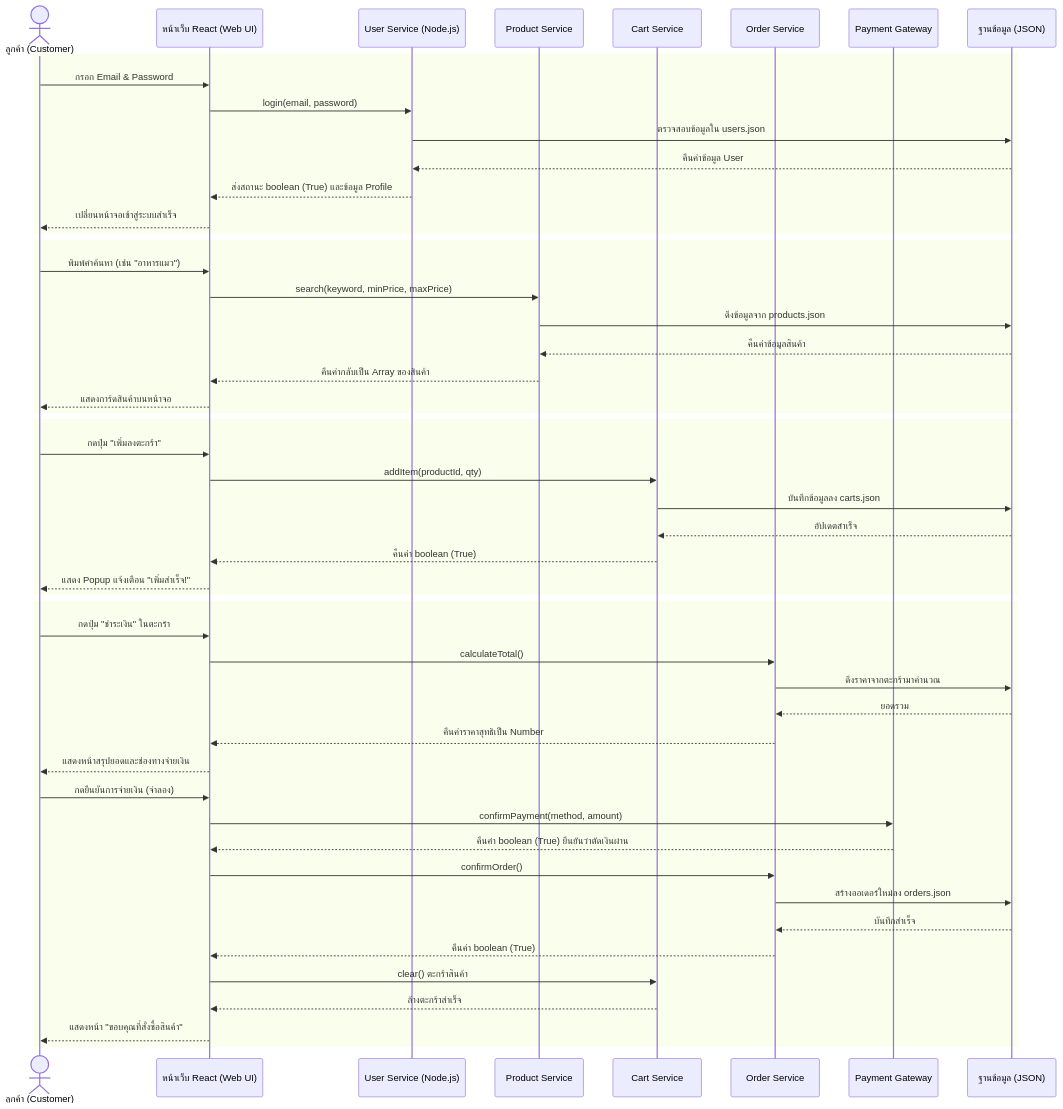
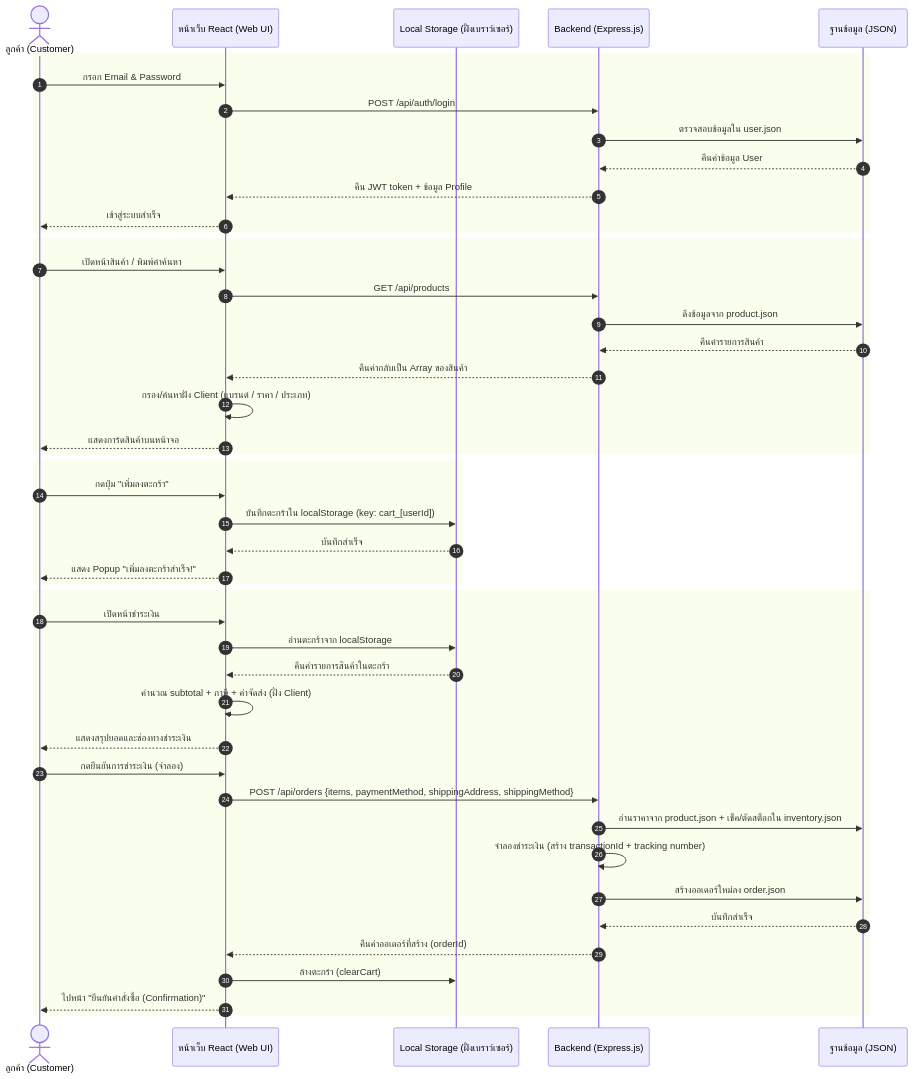
Before and after one commit to KumPong/petshop: the third of 6 diagrams in README.md, drawn with Mermaid. The commit also changed other lines of this file, not shown here.

Commit message:
feat: update class diagrams and sequence diagrams for user, order, and inventory management

````diff
--- a/README.md
+++ b/README.md
@@ -440,61 +466,56 @@
 ```mermaid
     sequenceDiagram
+    autoNumber
     actor Customer as ลูกค้า (Customer)
     participant UI as หน้าเว็บ React (Web UI)
-    participant US as User Service (Node.js)
-    participant PS as Product Service
-    participant CS as Cart Service
-    participant OS as Order Service
-    participant PG as Payment Gateway
+    participant LS as Local Storage (ฝั่งเบราว์เซอร์)
+    participant API as Backend (Express.js)
     participant DB as ฐานข้อมูล (JSON)
 
     %% เฟส 1: การเข้าสู่ระบบ (Login)
-    rect 
+    rect
         Customer->>UI: กรอก Email & Password
-        UI->>US: login(email, password)
-        US->>DB: ตรวจสอบข้อมูลใน users.json
-        DB-->>US: คืนค่าข้อมูล User
-        US-->>UI: ส่งสถานะ boolean (True) และข้อมูล Profile
-        UI-->>Customer: เปลี่ยนหน้าจอเข้าสู่ระบบสำเร็จ
+        UI->>API: POST /api/auth/login
+        API->>DB: ตรวจสอบข้อมูลใน user.json
+        DB-->>API: คืนค่าข้อมูล User
+        API-->>UI: คืน JWT token + ข้อมูล Profile
+        UI-->>Customer: เข้าสู่ระบบสำเร็จ
     end
 
-    %% เฟส 2: ค้นหาสินค้า (Search Product)
+    %% เฟส 2: ค้นหา/ดูสินค้า (Browse & Search)
     rect
-        Customer->>UI: พิมพ์คำค้นหา (เช่น "อาหารแมว")
-        UI->>PS: search(keyword, minPrice, maxPrice)
-        PS->>DB: ดึงข้อมูลจาก products.json
-        DB-->>PS: คืนค่าข้อมูลสินค้า
-        PS-->>UI: คืนค่ากลับเป็น Array ของสินค้า
+        Customer->>UI: เปิดหน้าสินค้า / พิมพ์คำค้นหา
+        UI->>API: GET /api/products
+        API->>DB: ดึงข้อมูลจาก product.json
+        DB-->>API: คืนค่ารายการสินค้า
+        API-->>UI: คืนค่ากลับเป็น Array ของสินค้า
+        UI->>UI: กรอง/ค้นหาฝั่ง Client (แบรนด์ / ราคา / ประเภท)
         UI-->>Customer: แสดงการ์ดสินค้าบนหน้าจอ
     end
 
-    %% เฟส 3: หยิบใส่ตะกร้า (Add to Cart)
+    %% เฟส 3: หยิบใส่ตะกร้า (เก็บฝั่ง Client — ไม่มี backend / ไม่มีไฟล์ carts)
     rect
         Customer->>UI: กดปุ่ม "เพิ่มลงตะกร้า"
-        UI->>CS: addItem(productId, qty)
-        CS->>DB: บันทึกข้อมูลลง carts.json
-        DB-->>CS: อัปเดตสำเร็จ
-        CS-->>UI: คืนค่า boolean (True)
-        UI-->>Customer: แสดง Popup แจ้งเตือน "เพิ่มสำเร็จ!"
+        UI->>LS: บันทึกตะกร้าใน localStorage (key: cart_[userId])
+        LS-->>UI: บันทึกสำเร็จ
+        UI-->>Customer: แสดง Popup "เพิ่มลงตะกร้าสำเร็จ!"
     end
 
     %% เฟส 4: สั่งซื้อและชำระเงิน (Checkout)
     rect
-        Customer->>UI: กดปุ่ม "ชำระเงิน" ในตะกร้า
-        UI->>OS: calculateTotal()
-        OS->>DB: ดึงราคาจากตะกร้ามาคำนวณ
-        DB-->>OS: ยอดรวม
-        OS-->>UI: คืนค่าราคาสุทธิเป็น Number
-        UI-->>Customer: แสดงหน้าสรุปยอดและช่องทางจ่ายเงิน
-        Customer->>UI: กดยืนยันการจ่ายเงิน (จำลอง)
-        UI->>PG: confirmPayment(method, amount)
-        PG-->>UI: คืนค่า boolean (True) ยืนยันว่าตัดเงินผ่าน
-        UI->>OS: confirmOrder()
-        OS->>DB: สร้างออเดอร์ใหม่ลง orders.json
-        DB-->>OS: บันทึกสำเร็จ
-        OS-->>UI: คืนค่า boolean (True)
-        UI->>CS: clear() ตะกร้าสินค้า
-        CS-->>UI: ล้างตะกร้าสำเร็จ
-        UI-->>Customer: แสดงหน้า "ขอบคุณที่สั่งซื้อสินค้า"
+        Customer->>UI: เปิดหน้าชำระเงิน
+        UI->>LS: อ่านตะกร้าจาก localStorage
+        LS-->>UI: คืนค่ารายการสินค้าในตะกร้า
+        UI->>UI: คำนวณ subtotal + ภาษี + ค่าจัดส่ง (ฝั่ง Client)
+        UI-->>Customer: แสดงสรุปยอดและช่องทางชำระเงิน
+        Customer->>UI: กดยืนยันการชำระเงิน (จำลอง)
+        UI->>API: POST /api/orders {items, paymentMethod, shippingAddress, shippingMethod}
+        API->>DB: อ่านราคาจาก product.json + เช็ค/ตัดสต็อกใน inventory.json
+        API->>API: จำลองชำระเงิน (สร้าง transactionId + tracking number)
+        API->>DB: สร้างออเดอร์ใหม่ลง order.json
+        DB-->>API: บันทึกสำเร็จ
+        API-->>UI: คืนค่าออเดอร์ที่สร้าง (orderId)
+        UI->>LS: ล้างตะกร้า (clearCart)
+        UI-->>Customer: ไปหน้า "ยืนยันคำสั่งซื้อ (Confirmation)"
     end
 ```
````
